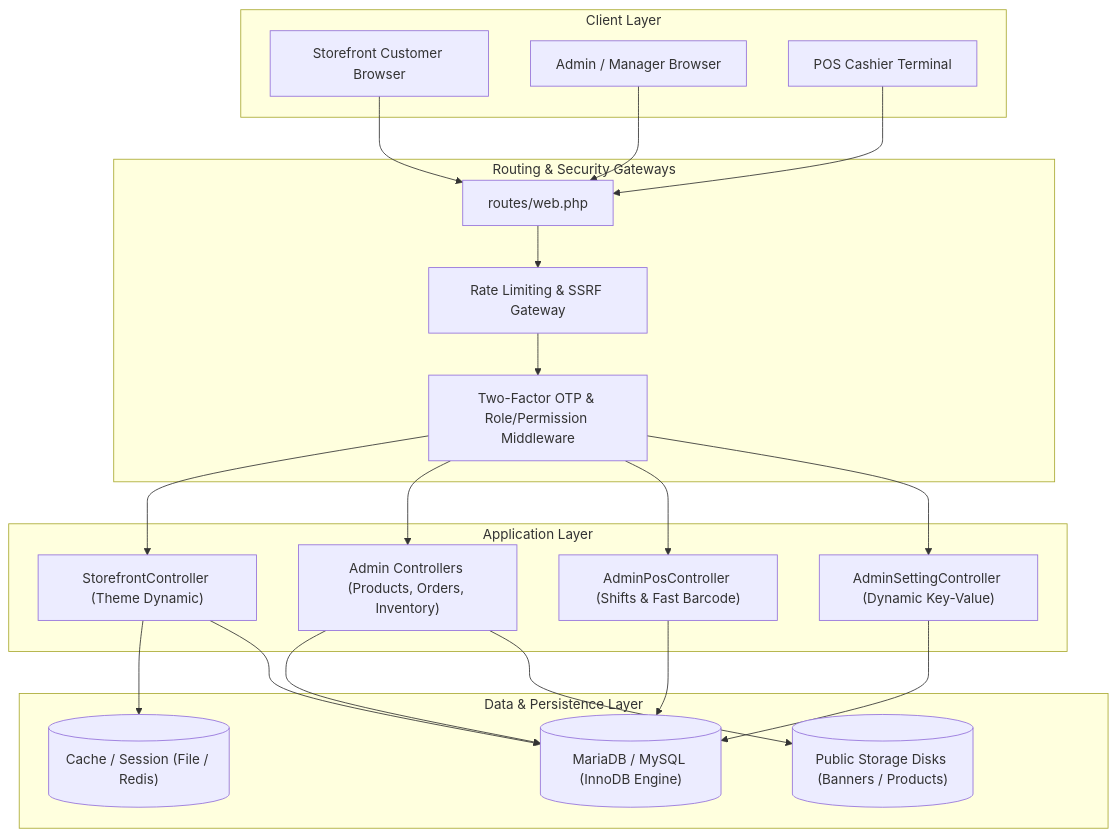
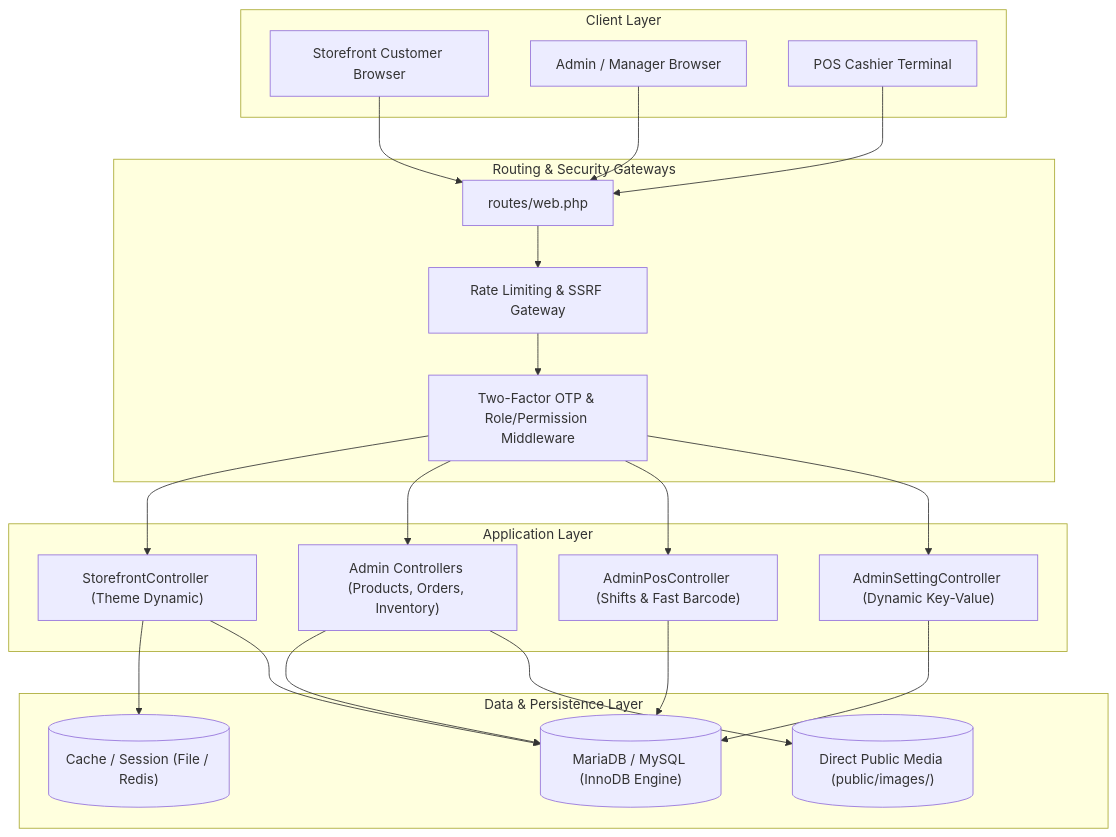
The first of 2 diagrams in docs/DEVELOPER_OPERATIONS_GUIDE.md (pagoldebo/Nex-on), drawn with Mermaid before and after one commit. The commit also changed other lines of this file and 208 other files, not shown here.

Commit message:
Refactor media storage to direct public images, AVIF upload conversion, logo retention, admin:otp CLI, and docs update

````diff
--- a/docs/DEVELOPER_OPERATIONS_GUIDE.md
+++ b/docs/DEVELOPER_OPERATIONS_GUIDE.md
@@ -27,45 +27,45 @@
 ```mermaid
 flowchart TD
     subgraph ClientLayer["Client Layer"]
         StorefrontClient["Storefront Customer Browser"]
         AdminClient["Admin / Manager Browser"]
         POSClient["POS Cashier Terminal"]
     end
 
     subgraph RoutingSecurity["Routing & Security Gateways"]
         WebRoutes["routes/web.php"]
         RateLimiter["Rate Limiting & SSRF Gateway"]
         AuthMiddleware["Two-Factor OTP & Role/Permission Middleware"]
     end
 
     subgraph CoreApplication["Application Layer"]
         StorefrontCtrl["StorefrontController (Theme Dynamic)"]
         AdminERP["Admin Controllers (Products, Orders, Inventory)"]
         POSCtrl["AdminPosController (Shifts & Fast Barcode)"]
         SettingsCtrl["AdminSettingController (Dynamic Key-Value)"]
     end
 
     subgraph StorageLayer["Data & Persistence Layer"]
         MariaDB[("MariaDB / MySQL (InnoDB Engine)")]
         CacheRedis[("Cache / Session (File / Redis)")]
-        StorageDisk[("Public Storage Disks (Banners / Products)")]
+        StorageDisk[("Direct Public Media (public/images/)")]
     end
 
     StorefrontClient --> WebRoutes
     AdminClient --> WebRoutes
     POSClient --> WebRoutes
 
     WebRoutes --> RateLimiter
     RateLimiter --> AuthMiddleware
     AuthMiddleware --> StorefrontCtrl
     AuthMiddleware --> AdminERP
     AuthMiddleware --> POSCtrl
     AuthMiddleware --> SettingsCtrl
 
     StorefrontCtrl --> CacheRedis
     StorefrontCtrl --> MariaDB
     AdminERP --> MariaDB
     AdminERP --> StorageDisk
     POSCtrl --> MariaDB
     SettingsCtrl --> MariaDB
 ```
````
